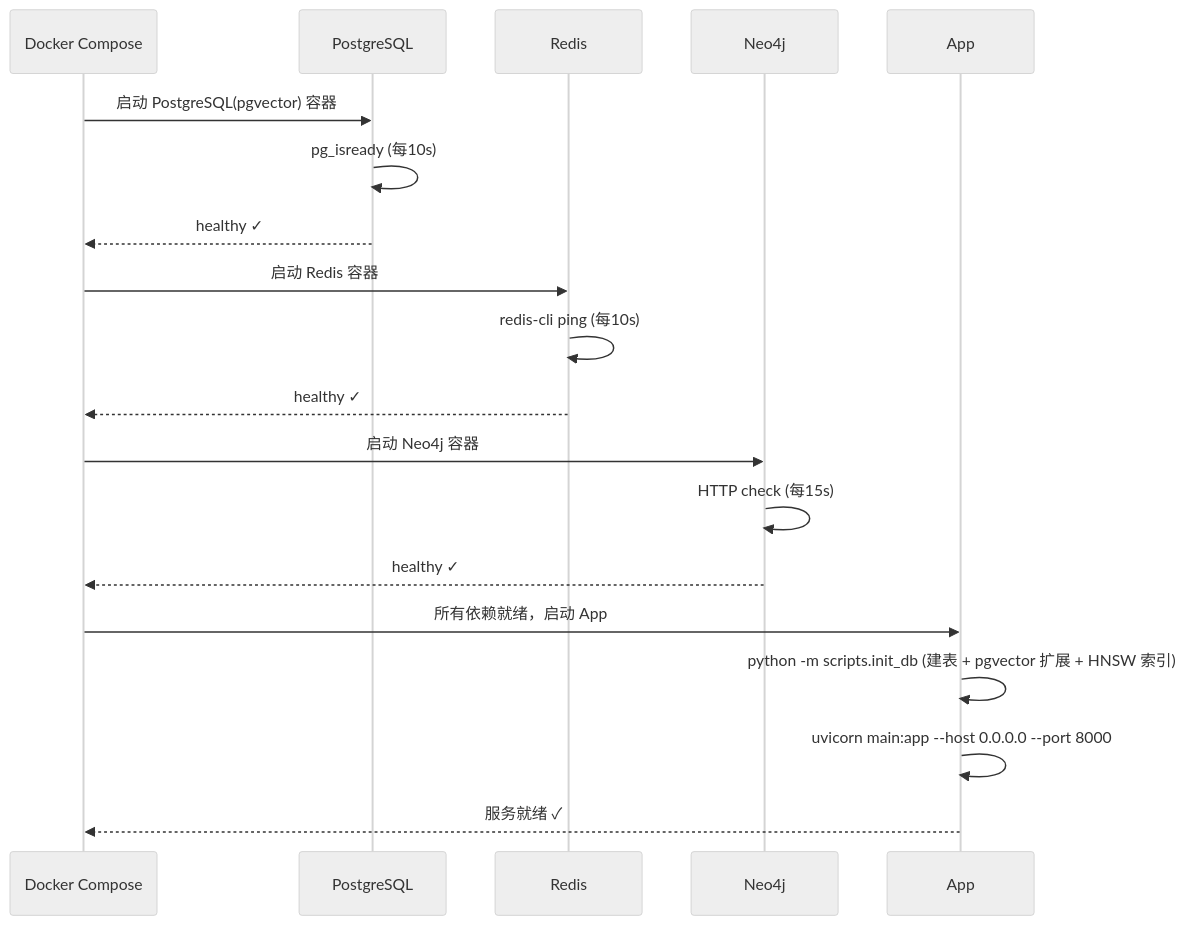
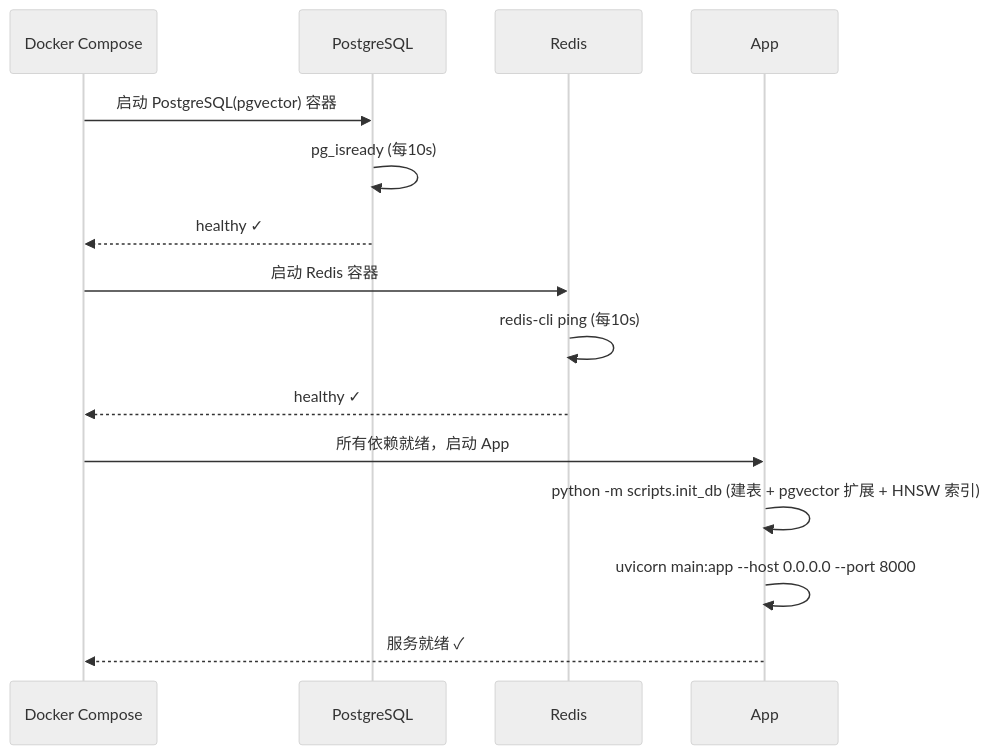
One commit to blowt16/SmartCS-Agent changed the tenth of 10 diagrams in docs/PROJECT_ANALYSIS.md. Above: the diagram before and after it, drawn with Mermaid (neutral theme). The commit also changed other lines of this file and 85 other files, not shown here.

````diff
--- a/docs/PROJECT_ANALYSIS.md
+++ b/docs/PROJECT_ANALYSIS.md
@@ -977,25 +886,20 @@
 ```mermaid
 sequenceDiagram
     participant DC as Docker Compose
     participant M as PostgreSQL
     participant R as Redis
-    participant N as Neo4j
     participant A as App
 
     DC->>M: 启动 PostgreSQL(pgvector) 容器
     M->>M: pg_isready (每10s)
     M-->>DC: healthy ✓
 
     DC->>R: 启动 Redis 容器
     R->>R: redis-cli ping (每10s)
     R-->>DC: healthy ✓
 
-    DC->>N: 启动 Neo4j 容器
-    N->>N: HTTP check (每15s)
-    N-->>DC: healthy ✓
-
     DC->>A: 所有依赖就绪，启动 App
     A->>A: python -m scripts.init_db (建表 + pgvector 扩展 + HNSW 索引)
     A->>A: uvicorn main:app --host 0.0.0.0 --port 8000
     A-->>DC: 服务就绪 ✓
 ```
````
